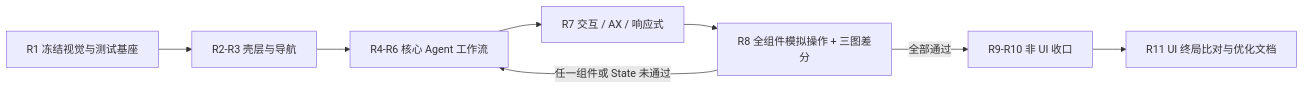
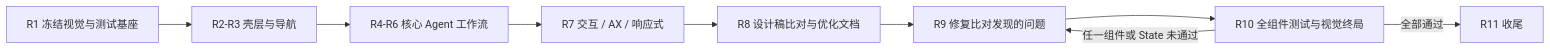
The diagram in ROADMAP.md (expcat/Pawork), drawn with Mermaid before and after one commit. The commit also changed other lines of this file and 34 other files, not shown here.

Commit message:
docs(roadmap): promote design comparison to R8, merge acceptance into R10, R11 closeout

````diff
--- a/ROADMAP.md
+++ b/ROADMAP.md
@@ -81,10 +81,11 @@
 ```mermaid
 flowchart LR
     A["R1 冻结视觉与测试基座"] --> B["R2-R3 壳层与导航"]
     B --> C["R4-R6 核心 Agent 工作流"]
     C --> D["R7 交互 / AX / 响应式"]
-    D --> E["R8 全组件模拟操作 + 三图差分"]
-    E -->|"任一组件或 State 未通过"| C
-    E -->|"全部通过"| F["R9-R10 非 UI 收口"]
-    F --> G["R11 UI 终局比对与优化文档"]
+    D --> E["R8 设计稿比对与优化文档"]
+    E --> F["R9 修复比对发现的问题"]
+    F --> G["R10 全组件测试与视觉终局"]
+    G -->|"任一组件或 State 未通过"| F
+    G -->|"全部通过"| H["R11 收尾"]
 ```
````
